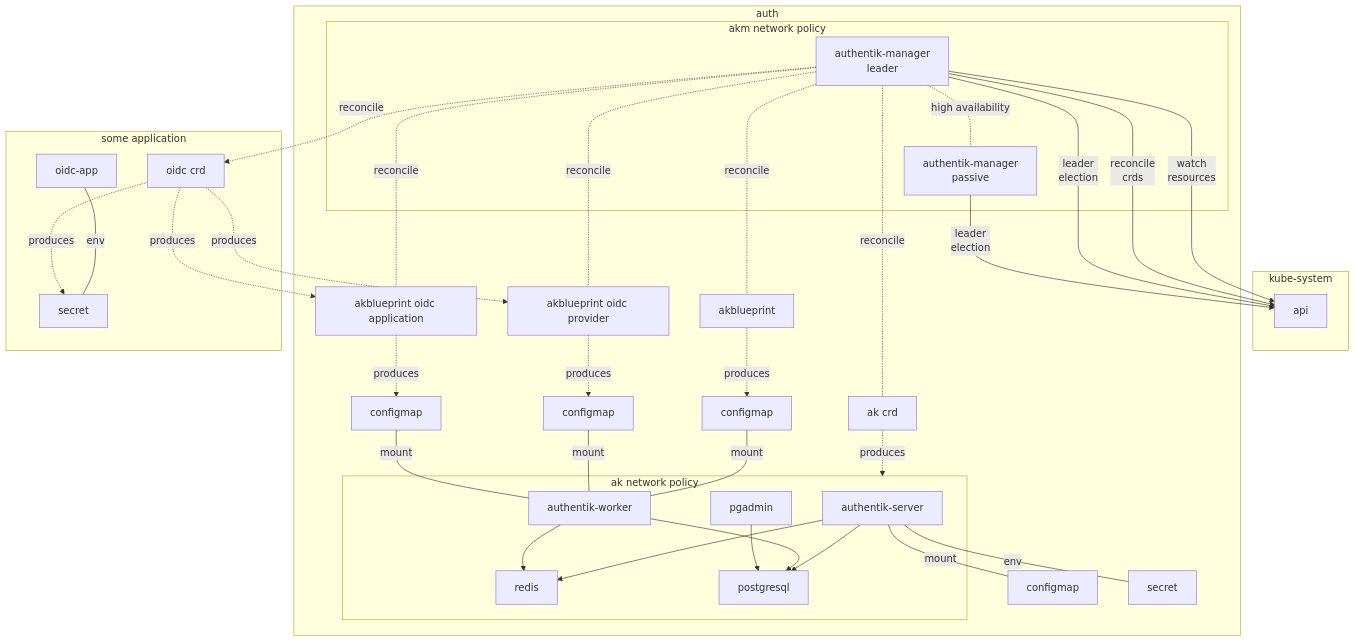
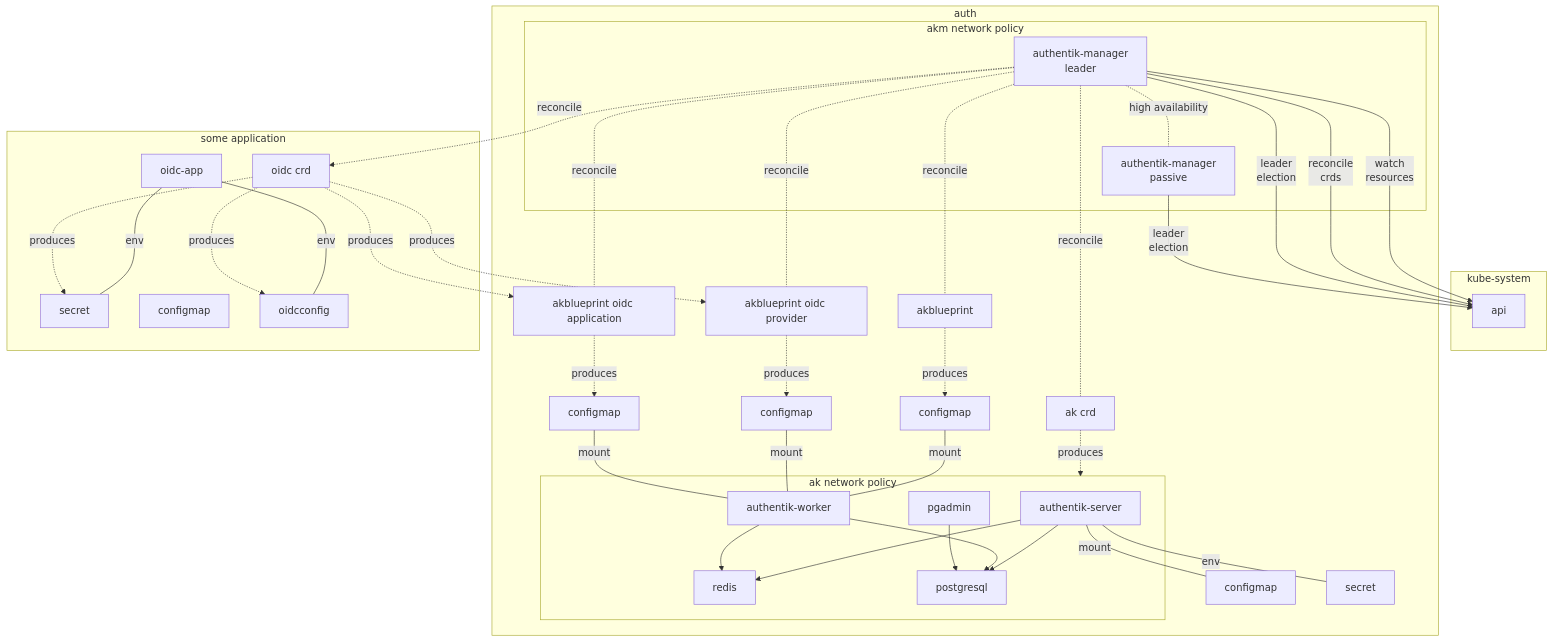
The diagram in README.md (DreamingRaven/authentik-manager), drawn with Mermaid before and after one commit.

Commit message:
Added configmap to mermaid

````diff
--- a/README.md
+++ b/README.md
@@ -19,73 +19,76 @@
 ```mermaid
 
 flowchart TD
 
     subgraph kubeNs[kube-system]
         api[api]
         %% etcd[etcd]
         %% dns[dns]
         %% cm[controller-manager]
         %% proxy[proxy]
     end
 
     subgraph akmNs[auth]
         subgraph aknp[akm network policy]
             akm[authentik-manager\nleader]
             akm2[authentik-manager\npassive]
             akm-.-|high availability|akm2
             akm-->|watch\nresources|api
             akm-->|reconcile\ncrds|api
             akm-->|leader\nelection|api
             akm2-->|leader\nelection|api
         end
         subgraph netpol[ak network policy]
             akmpod1[authentik-server]
             akmpod2[authentik-worker]
             akmpod1-->akmredis[redis]
             akmpod2-->akmredis[redis]
             akmsql[postgresql]
             akmpod1-->akmsql
             akmpod2-->akmsql
             pgadmin-->akmsql
 
         end
         ak[ak crd]
         akbpsec[configmap]
         ak-.->|produces|netpol
         akm-.-|reconcile|ak
         akbp-.->|produces|akbpsec
         akbpsec---|mount|akmpod2
         akbp[akblueprint]
         akm-.-|reconcile|akbp
 
         oidcProBp[akblueprint oidc provider]
         oidcProBpCm[configmap]
         oidcProBp-.->|produces|oidcProBpCm
         akm-.-|reconcile|oidcProBp
         oidcProBpCm---|mount|akmpod2
 
         oidcAppBp[akblueprint oidc application]
         oidcAppBpCm[configmap]
         oidcAppBp-.->|produces|oidcAppBpCm
         akm-.-|reconcile|oidcAppBp
         oidcAppBpCm---|mount|akmpod2
 
         akmpod1---|mount|akmconfig[configmap]
         akmpod1---|env|akmsecret[secret]
 
     end
 
     akm-.->|reconcile|oidc
     oidc-.->|produces|oidcAppBp
     oidc-.->|produces|oidcProBp
 
     subgraph app[some application]
 
         oidc[oidc crd]
         appoidc[oidc-app]
         oidcsec[secret]
-                appoidc---|env|oidcsec
+        oidconfig[configmap]
+        appoidc---|env|oidcsec
+        appoidc---|env|oidcconfig
         oidc -.->|produces| oidcsec
+        oidc -.->|produces| oidcconfig
     end
 
 ```
````
